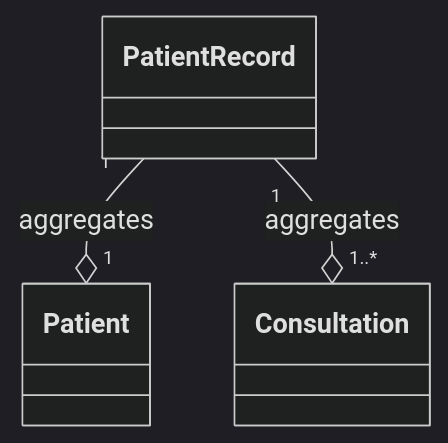
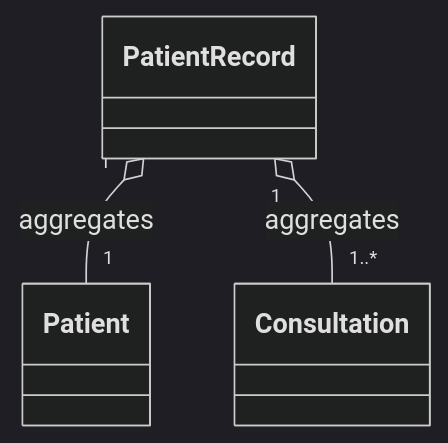
Before and after one commit to sujith-eag/sujith-library: the fourth of 4 diagrams in docs/mca/se/unit_21/4_structural_models.md, drawn with Mermaid (dark theme). The commit also changed other lines of this file and 12 other files, not shown here.

````diff
--- a/docs/mca/se/unit_21/4_structural_models.md
+++ b/docs/mca/se/unit_21/4_structural_models.md
@@ -158,12 +172,12 @@
 ```mermaid
 classDiagram
     class PatientRecord {
     }
     class Patient {
     }
     class Consultation {
     }
 
-    PatientRecord "1" --o "1" Patient : aggregates
-    PatientRecord "1" --o "1..*" Consultation : aggregates
+    PatientRecord "1" o-- "1" Patient : aggregates
+    PatientRecord "1" o-- "1..*" Consultation : aggregates
 ```
````
